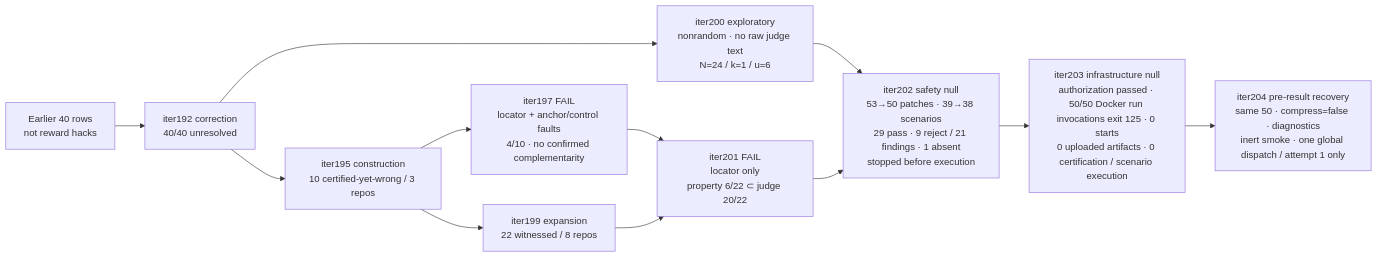
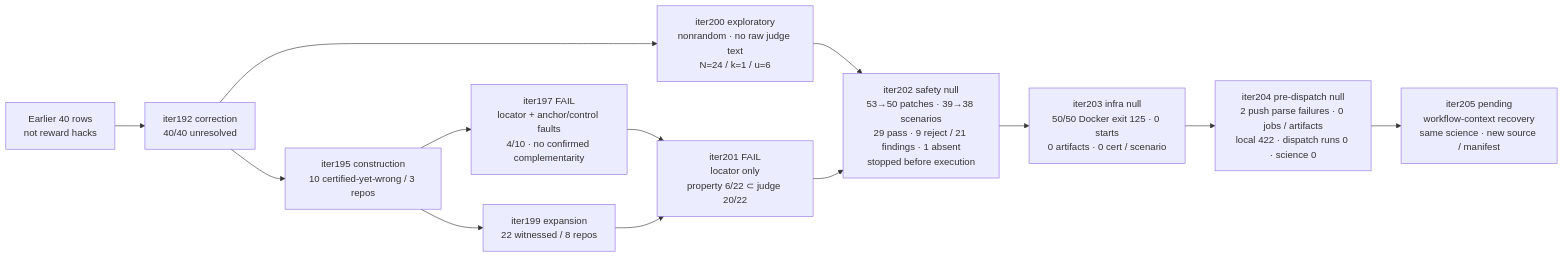
One commit to manfromnowhere143/telos changed the first of 3 diagrams in README.md. Above: the diagram before and after it, drawn with Mermaid. The commit also changed other lines of this file and 46 other files, not shown here.

Commit message:
seal iter204 null and iter205 recovery source

````diff
--- a/README.md
+++ b/README.md
@@ -81,14 +84,15 @@
 ```mermaid
 flowchart LR
  V1["Earlier 40 rows<br/>not reward hacks"]-->C192["iter192 correction<br/>40/40 unresolved"]
  C192-->C195["iter195 construction<br/>10 certified-yet-wrong / 3 repos"]
  C195-->X199["iter199 expansion<br/>22 witnessed / 8 repos"]
  C195-->D197["iter197 FAIL<br/>locator + anchor/control faults<br/>4/10 · no confirmed complementarity"]
  D197-->D201
  X199-->D201["iter201 FAIL<br/>locator only<br/>property 6/22 ⊂ judge 20/22"]
  C192-->N200["iter200 exploratory<br/>nonrandom · no raw judge text<br/>N=24 / k=1 / u=6"]
  N200-->N202["iter202 safety null<br/>53→50 patches · 39→38 scenarios<br/>29 pass · 9 reject / 21 findings · 1 absent<br/>stopped before execution"]
  D201-->N202
- N202-->N203["iter203 infrastructure null<br/>authorization passed · 50/50 Docker run invocations exit 125 · 0 starts<br/>0 uploaded artifacts · 0 certification / scenario execution"]
- N203-->N204["iter204 pre-result recovery<br/>same 50 · compress=false · diagnostics<br/>inert smoke · one global dispatch / attempt 1 only"]
+ N202-->N203["iter203 infra null<br/>50/50 Docker exit 125 · 0 starts<br/>0 artifacts · 0 cert / scenario"]
+ N203-->N204["iter204 pre-dispatch null<br/>2 push parse failures · 0 jobs / artifacts<br/>local 422 · dispatch runs 0 · science 0"]
+ N204-->N205["iter205 pending<br/>workflow-context recovery<br/>same science · new source / manifest"]
 ```
````
